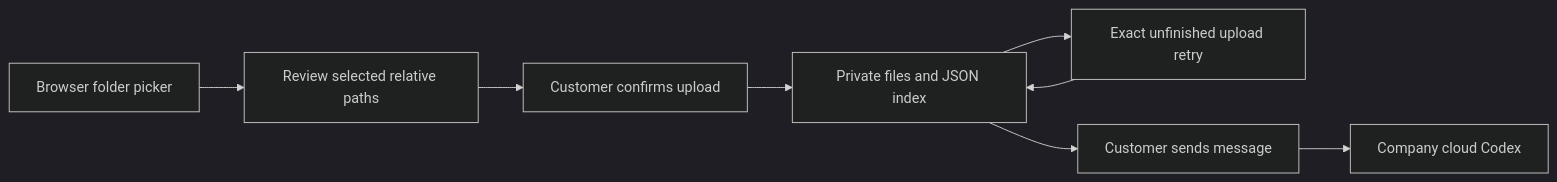
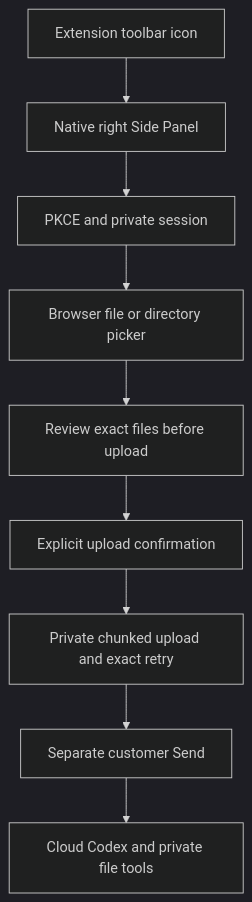
One commit to copypasteltd/workmate changed the diagram in README.en.md. Above: the diagram before and after it, drawn with Mermaid (dark theme). The commit also changed other lines of this file and 32 other files, not shown here.

Commit message:
feat: add explicit Web resource handoff in side panel

````diff
--- a/README.en.md
+++ b/README.en.md
@@ -14,10 +32,11 @@
 ```mermaid
-flowchart LR
-  Pick[Browser folder picker] --> Review[Review selected relative paths]
-  Review --> Confirm[Customer confirms upload]
-  Confirm --> Private[Private files and JSON index]
-  Private --> Retry[Exact unfinished upload retry]
-  Retry --> Private
-  Private --> Send[Customer sends message]
-  Send --> Codex[Company cloud Codex]
+flowchart TD
+  Icon[Extension toolbar icon] --> SidePanel[Native right Side Panel]
+  SidePanel --> Login[PKCE and private session]
+  Login --> Select[Browser file or directory picker]
+  Select --> Review[Review exact files before upload]
+  Review --> Confirm[Explicit upload confirmation]
+  Confirm --> Upload[Private chunked upload and exact retry]
+  Upload --> Send[Separate customer Send]
+  Send --> Cloud[Cloud Codex and private file tools]
 ```
````
